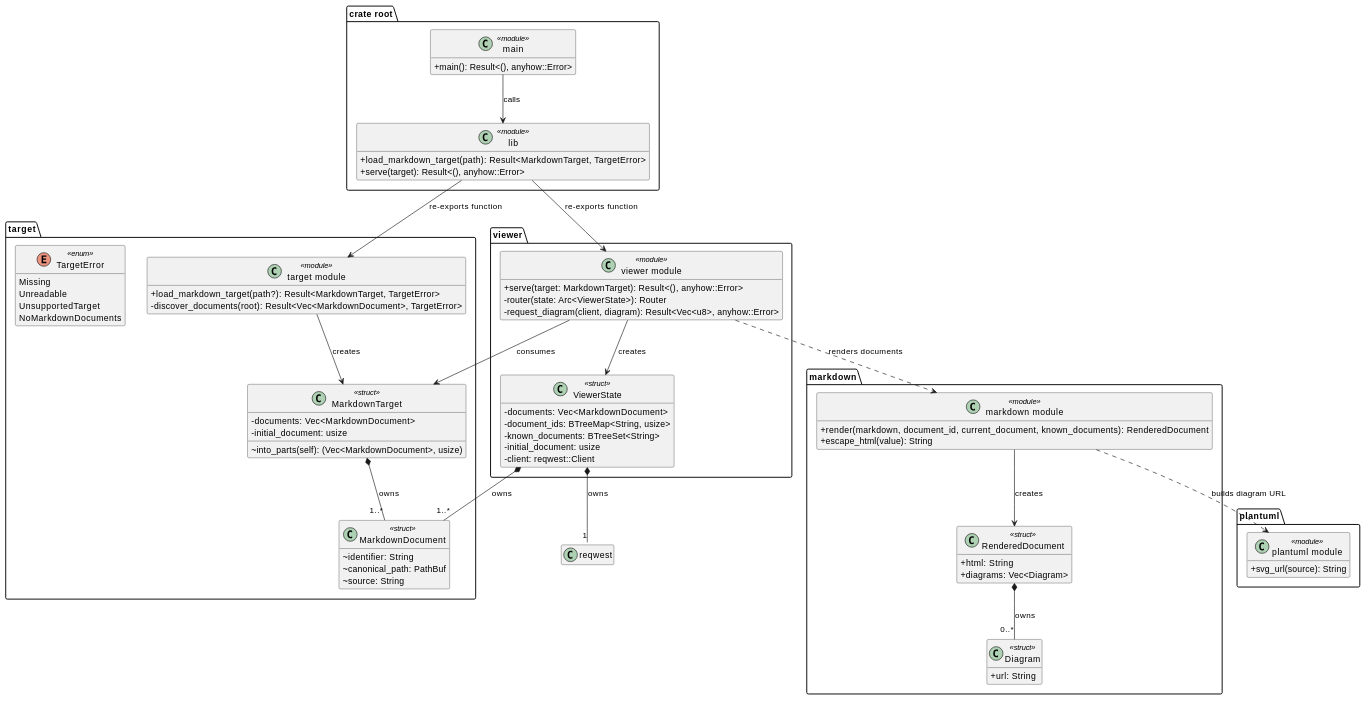
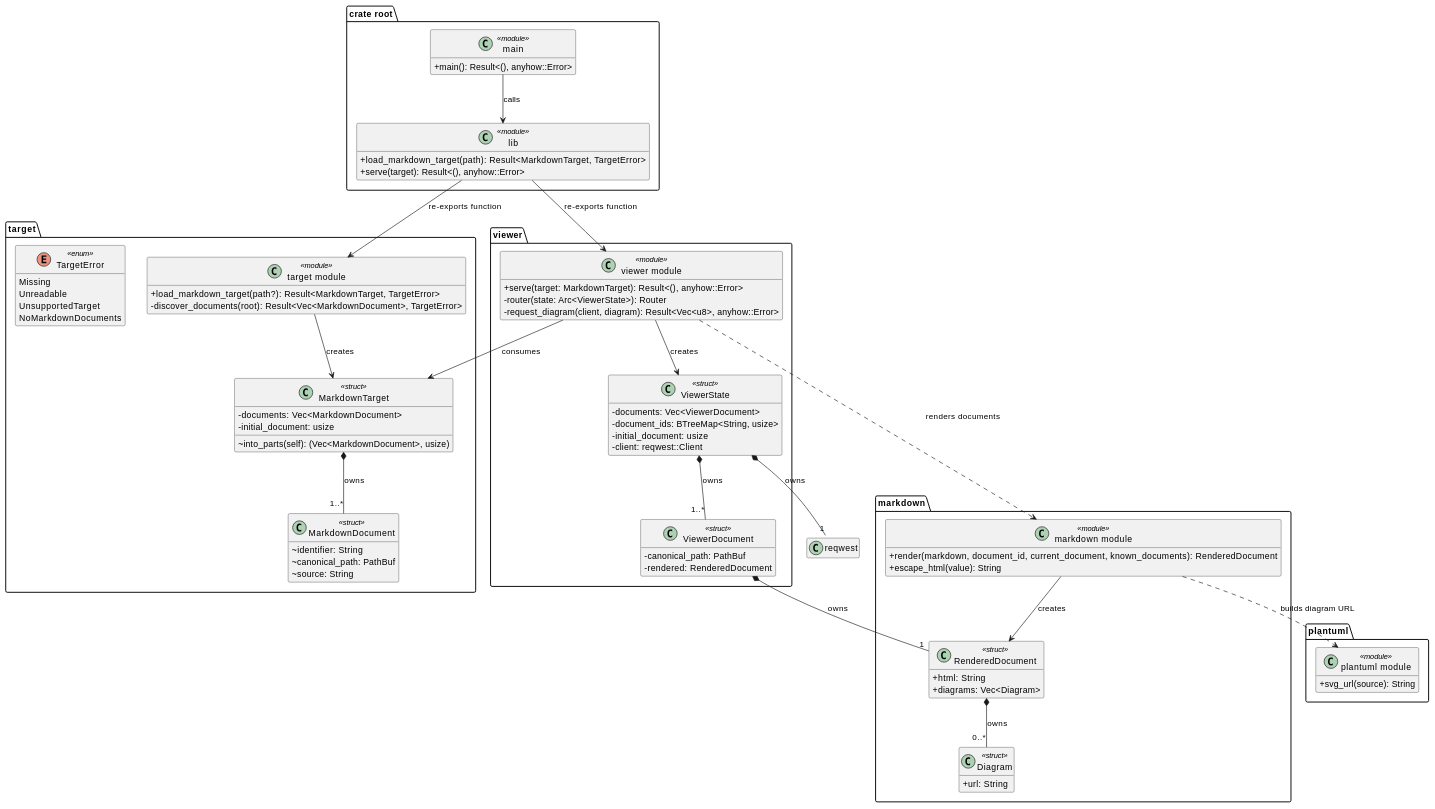
The third of 3 diagrams in docs/features/markdown-viewing/uml-design.md (sirius-cc-wu/lens), drawn with PlantUML before and after one commit. The commit also changed other lines of this file and 5 other files, not shown here.

```diff
--- a/docs/features/markdown-viewing/uml-design.md
+++ b/docs/features/markdown-viewing/uml-design.md
@@ -145,11 +144,14 @@
     -request_diagram(client, diagram): Result<Vec<u8>, anyhow::Error>
   }
   class ViewerState <<struct>> {
-    -documents: Vec<MarkdownDocument>
+    -documents: Vec<ViewerDocument>
     -document_ids: BTreeMap<String, usize>
-    -known_documents: BTreeSet<String>
     -initial_document: usize
     -client: reqwest::Client
+  }
+  class ViewerDocument <<struct>> {
+    -canonical_path: PathBuf
+    -rendered: RenderedDocument
   }
 }
 
@@ -180,7 +182,8 @@
 MarkdownTarget *-- "1..*" MarkdownDocument : owns
 ViewerModule --> MarkdownTarget : consumes
 ViewerModule --> ViewerState : creates
-ViewerState *-- "1..*" MarkdownDocument : owns
+ViewerState *-- "1..*" ViewerDocument : owns
+ViewerDocument *-- "1" RenderedDocument : owns
 ViewerState *-- "1" "reqwest::Client" : owns
 ViewerModule ..> MarkdownModule : renders documents
 MarkdownModule --> RenderedDocument : creates
```
